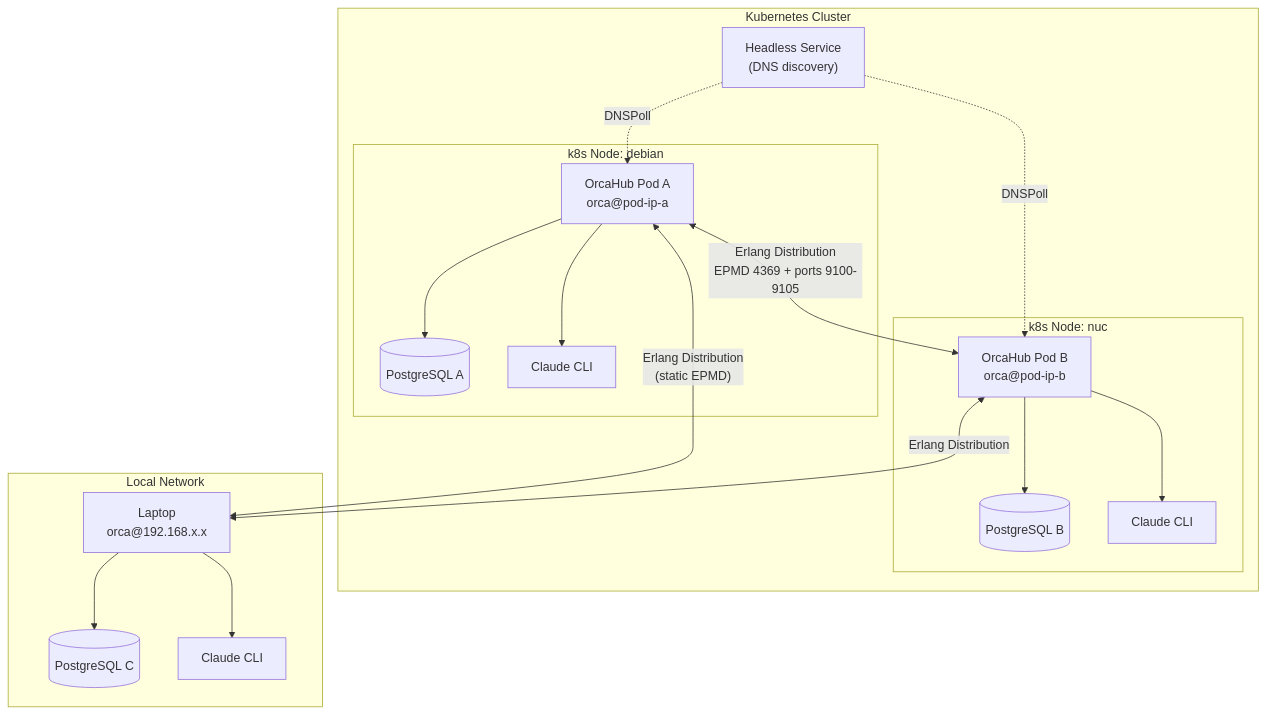
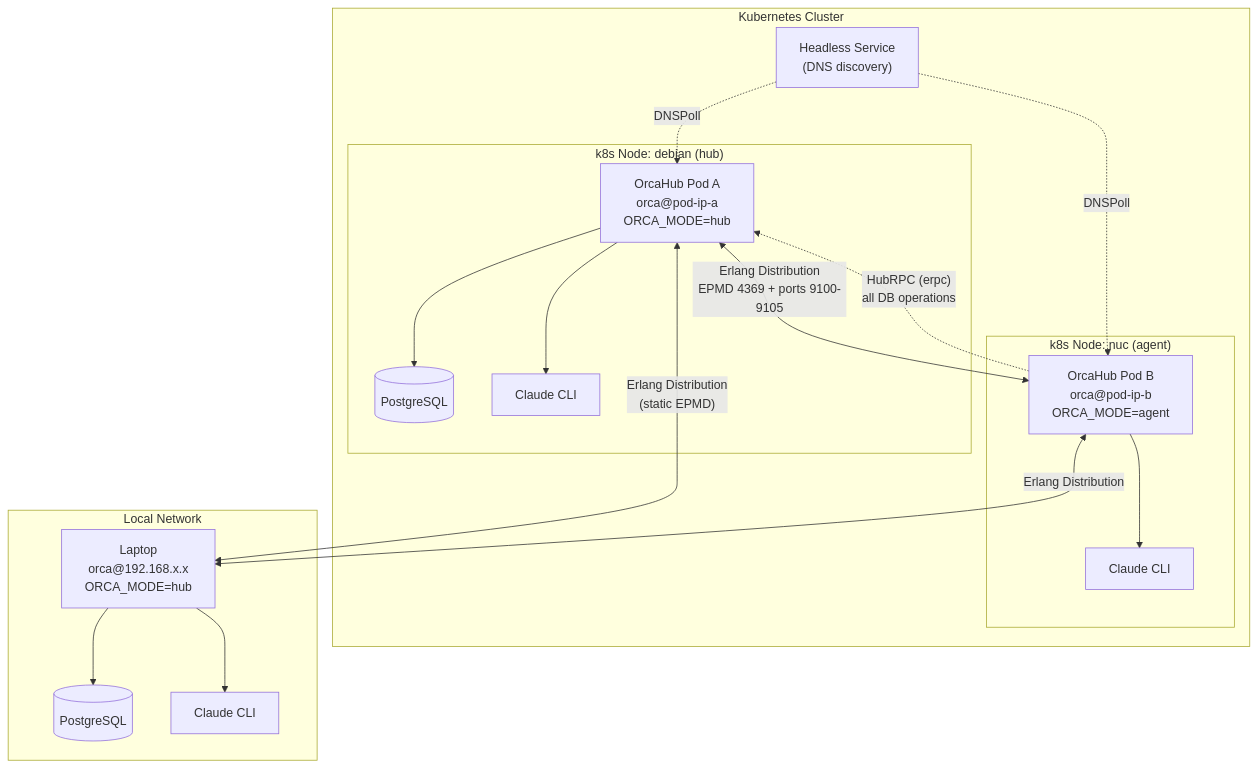
The first of 6 diagrams in .context/clustering.md (zingbretsen/orca_hub), drawn with Mermaid before and after one commit. The commit also changed other lines of this file and 26 other files, not shown here.

First line of the commit message:
Add hub/agent mode with HubRPC for centralized DB access

````diff
--- a/.context/clustering.md
+++ b/.context/clustering.md
@@ -9,36 +13,35 @@
 ```mermaid
 graph TB
     subgraph K8s["Kubernetes Cluster"]
-        subgraph Node1["k8s Node: debian"]
-            OrcaA["OrcaHub Pod A<br/>orca@pod-ip-a"]
-            DBA[(PostgreSQL A)]
+        subgraph Node1["k8s Node: debian (hub)"]
+            OrcaA["OrcaHub Pod A<br/>orca@pod-ip-a<br/>ORCA_MODE=hub"]
+            DBA[(PostgreSQL)]
             CLIA["Claude CLI"]
             OrcaA --> DBA
             OrcaA --> CLIA
         end
 
-        subgraph Node2["k8s Node: nuc"]
-            OrcaB["OrcaHub Pod B<br/>orca@pod-ip-b"]
-            DBB[(PostgreSQL B)]
+        subgraph Node2["k8s Node: nuc (agent)"]
+            OrcaB["OrcaHub Pod B<br/>orca@pod-ip-b<br/>ORCA_MODE=agent"]
             CLIB["Claude CLI"]
-            OrcaB --> DBB
             OrcaB --> CLIB
         end
 
         HeadlessSvc["Headless Service<br/>(DNS discovery)"]
         HeadlessSvc -.->|DNSPoll| OrcaA
         HeadlessSvc -.->|DNSPoll| OrcaB
     end
 
     subgraph LAN["Local Network"]
-        Laptop["Laptop<br/>orca@192.168.x.x"]
-        DBL[(PostgreSQL C)]
+        Laptop["Laptop<br/>orca@192.168.x.x<br/>ORCA_MODE=hub"]
+        DBL[(PostgreSQL)]
         CLIL["Claude CLI"]
         Laptop --> DBL
         Laptop --> CLIL
     end
 
     OrcaA <-->|"Erlang Distribution<br/>EPMD 4369 + ports 9100-9105"| OrcaB
     OrcaA <-->|"Erlang Distribution<br/>(static EPMD)"| Laptop
     OrcaB <-->|"Erlang Distribution"| Laptop
+    OrcaB -.->|"HubRPC (erpc)<br/>all DB operations"| OrcaA
 ```
````
